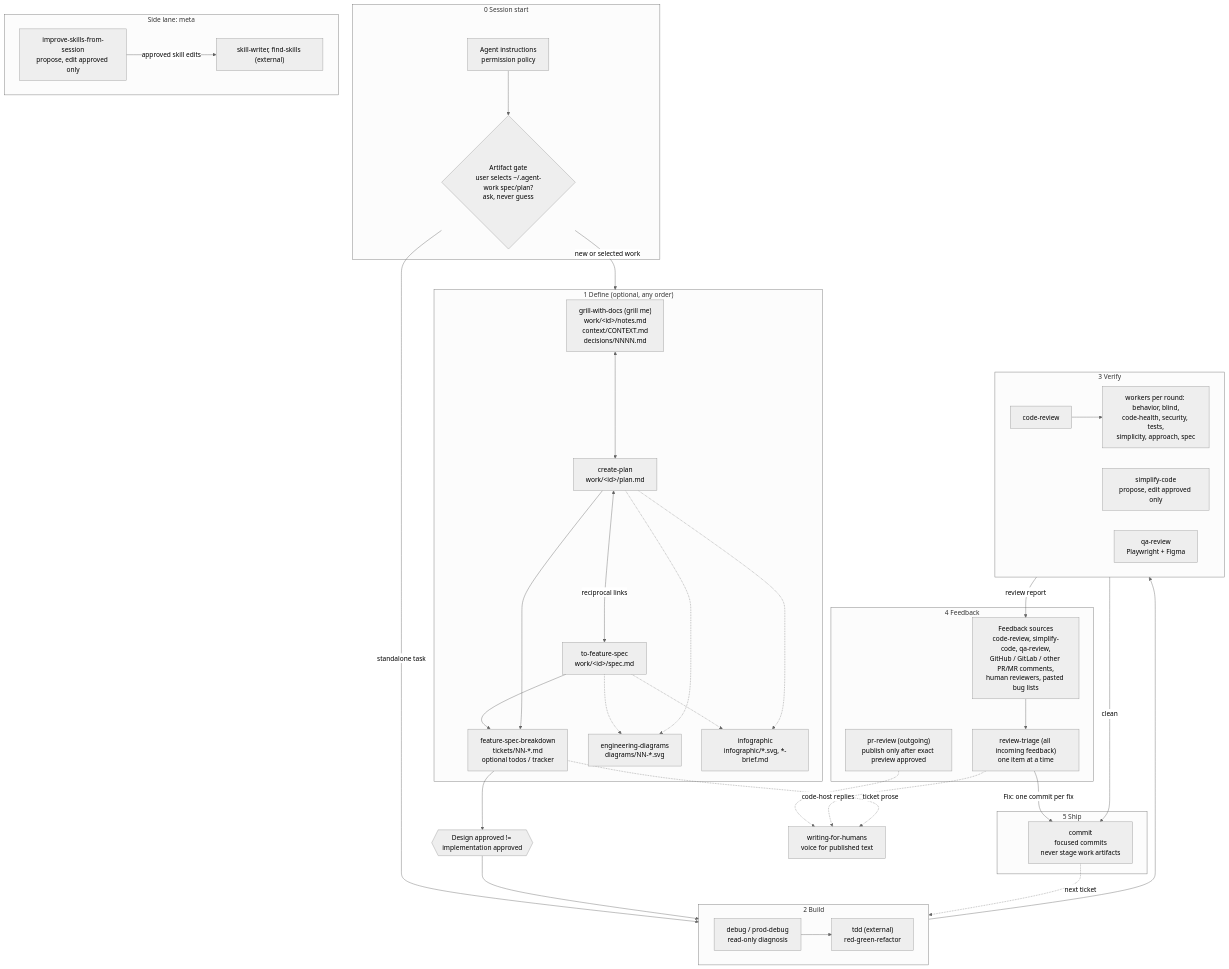
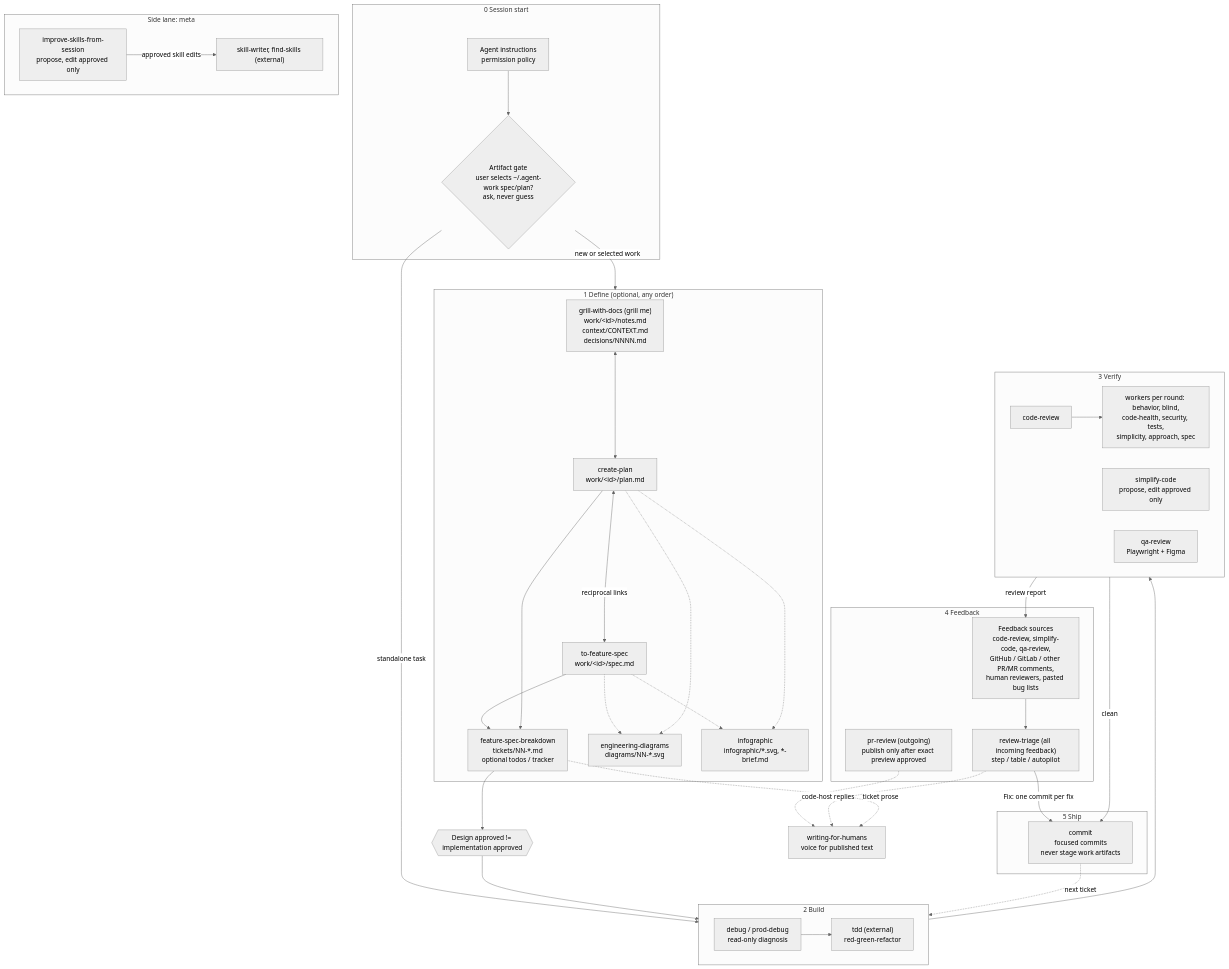
Before and after one commit to drosam/agents: the diagram in README.md, drawn with Mermaid (neutral theme). The commit also changed 8 other files, not shown here.

Commit message:
Add table and autopilot modes to review triage and a decision table to PR review

````diff
--- a/README.md
+++ b/README.md
@@ -14,72 +14,72 @@
 ```mermaid
 flowchart TD
     subgraph S0["0 Session start"]
         rules["Agent instructions<br/>permission policy"]
         gate{"Artifact gate<br/>user selects ~/.agent-work spec/plan?<br/>ask, never guess"}
         rules --> gate
     end
 
     subgraph S1["1 Define (optional, any order)"]
         grill["grill-with-docs (grill me)<br/>work/&lt;id&gt;/notes.md<br/>context/CONTEXT.md<br/>decisions/NNNN.md"]
         plan["create-plan<br/>work/&lt;id&gt;/plan.md"]
         spec["to-feature-spec<br/>work/&lt;id&gt;/spec.md"]
         breakdown["feature-spec-breakdown<br/>tickets/NN-*.md<br/>optional todos / tracker"]
         diagrams["engineering-diagrams<br/>diagrams/NN-*.svg"]
         infographic["infographic<br/>infographic/*.svg, *-brief.md"]
         grill <--> plan
         plan <-->|reciprocal links| spec
         spec --> breakdown
         plan --> breakdown
         spec -.-> diagrams
         plan -.-> diagrams
         spec -.-> infographic
         plan -.-> infographic
     end
 
     approve{{"Design approved != implementation approved"}}
 
     subgraph S2["2 Build"]
         tdd["tdd (external)<br/>red-green-refactor"]
         debug["debug / prod-debug<br/>read-only diagnosis"]
     end
 
     subgraph S3["3 Verify"]
         review["code-review"]
         workers["workers per round: behavior, blind,<br/>code-health, security, tests,<br/>simplicity, approach, spec"]
         simplify["simplify-code<br/>propose, edit approved only"]
         qa["qa-review<br/>Playwright + Figma"]
         review --> workers
     end
 
     subgraph S4["4 Feedback"]
-        triage["review-triage (all incoming feedback)<br/>one item at a time"]
+        triage["review-triage (all incoming feedback)<br/>step / table / autopilot"]
         sources["Feedback sources<br/>code-review, simplify-code, qa-review,<br/>GitHub / GitLab / other PR/MR comments,<br/>human reviewers, pasted bug lists"]
         sources --> triage
         prr["pr-review (outgoing)<br/>publish only after exact preview approved"]
     end
 
     subgraph S5["5 Ship"]
         commit["commit<br/>focused commits<br/>never stage work artifacts"]
     end
 
     subgraph META["Side lane: meta"]
         improve["improve-skills-from-session<br/>propose, edit approved only"]
         meta["skill-writer, find-skills (external)"]
         improve -->|approved skill edits| meta
     end
 
     voice["writing-for-humans<br/>voice for published text"]
     prr -.-> voice
     triage -.->|code-host replies| voice
     breakdown -.->|ticket prose| voice
 
     gate -->|new or selected work| S1
     gate -->|standalone task| S2
     breakdown --> approve --> S2
     debug --> tdd
     S2 --> S3
     S3 -->|review report| sources
     triage -->|Fix: one commit per fix| commit
     S3 -->|clean| commit
     commit -.->|next ticket| S2
 ```
````
